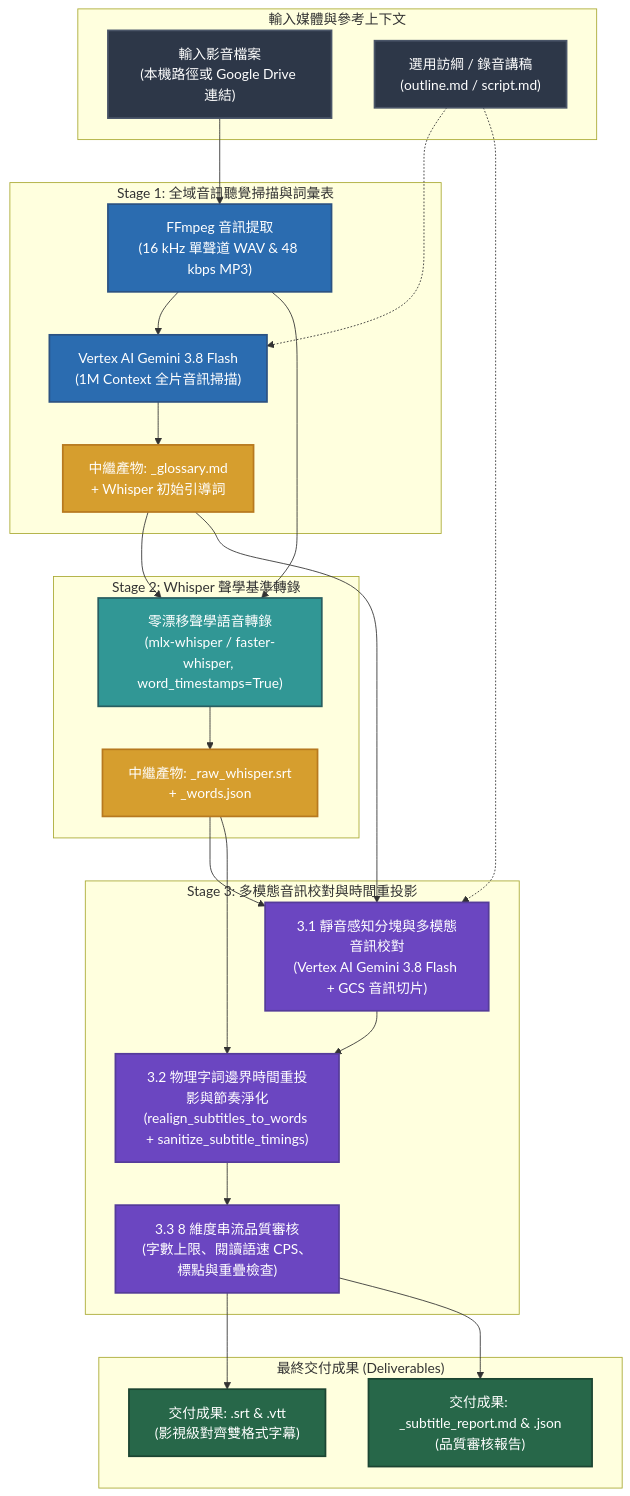
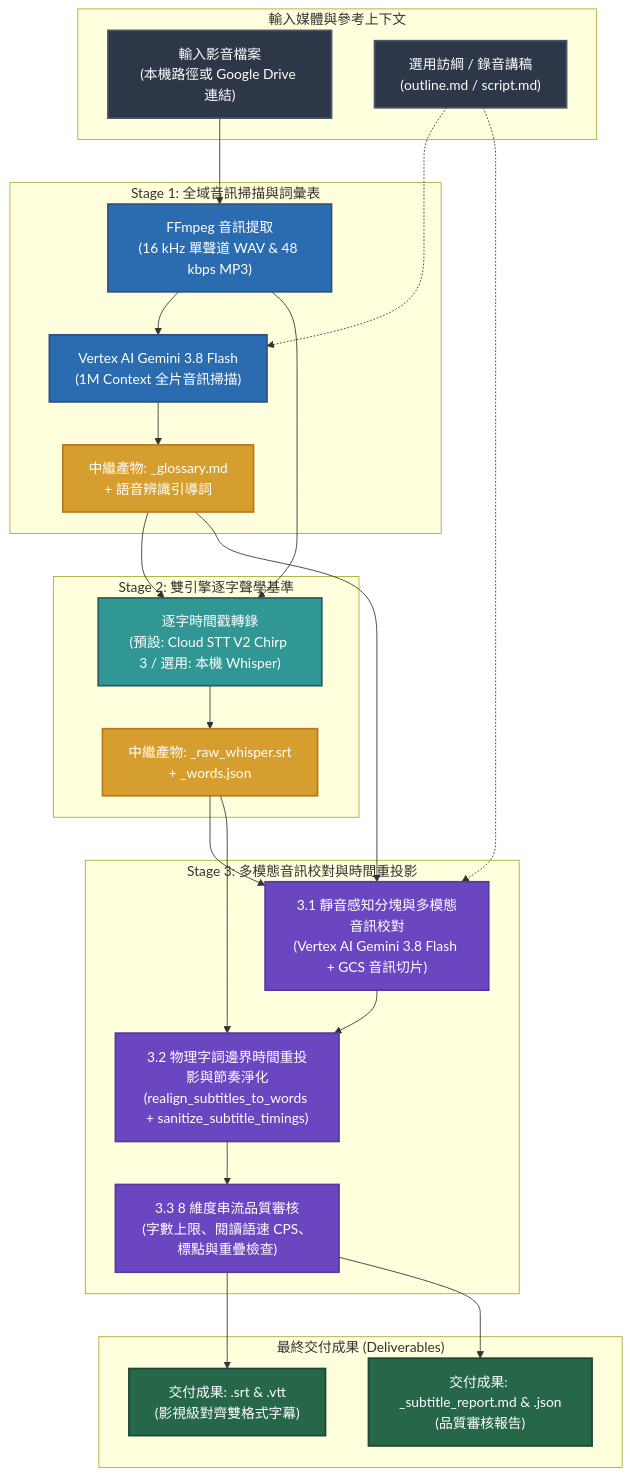
The diagram in README.zh-TW.md (sylphlin/subtitle-craft), drawn with Mermaid before and after one commit. The commit also changed other lines of this file and 17 other files, not shown here.

First line of the commit message:
feat(asr): adopt Cloud STT V2 Chirp 3 as default Stage 2 engine with optional Whisper

````diff
--- a/README.zh-TW.md
+++ b/README.zh-TW.md
@@ -75,52 +79,52 @@
 ```mermaid
 flowchart TD
     classDef inputStyle fill:#2D3748,stroke:#4A5568,stroke-width:2px,color:#fff;
     classDef stage1Style fill:#2B6CB0,stroke:#2C5282,stroke-width:2px,color:#fff;
     classDef stage2Style fill:#319795,stroke:#285E61,stroke-width:2px,color:#fff;
     classDef stage3Style fill:#6B46C1,stroke:#553C9A,stroke-width:2px,color:#fff;
     classDef artifactStyle fill:#D69E2E,stroke:#B7791F,stroke-width:2px,color:#fff;
     classDef outputStyle fill:#276749,stroke:#1C4532,stroke-width:2px,color:#fff;
 
     subgraph Inputs["輸入媒體與參考上下文"]
         IN["輸入影音檔案<br/>(本機路徑或 Google Drive 連結)"]:::inputStyle
         REF["選用訪綱 / 錄音講稿<br/>(outline.md / script.md)"]:::inputStyle
     end
 
-    subgraph Stage1["Stage 1: 全域音訊聽覺掃描與詞彙表"]
+    subgraph Stage1["Stage 1: 全域音訊掃描與詞彙表"]
         S0["FFmpeg 音訊提取<br/>(16 kHz 單聲道 WAV & 48 kbps MP3)"]:::stage1Style
         S1["Vertex AI Gemini 3.8 Flash<br/>(1M Context 全片音訊掃描)"]:::stage1Style
-        GL["中繼產物: <basename>_glossary.md<br/>+ Whisper 初始引導詞"]:::artifactStyle
+        GL["中繼產物: <basename>_glossary.md<br/>+ 語音辨識引導詞"]:::artifactStyle
     end
 
-    subgraph Stage2["Stage 2: Whisper 聲學基準轉錄"]
-        S2["零漂移聲學語音轉錄<br/>(mlx-whisper / faster-whisper, word_timestamps=True)"]:::stage2Style
+    subgraph Stage2["Stage 2: 雙引擎逐字聲學基準"]
+        S2["逐字時間戳轉錄<br/>(預設: Cloud STT V2 Chirp 3 / 選用: 本機 Whisper)"]:::stage2Style
         WD["中繼產物: <basename>_raw_whisper.srt<br/>+ <basename>_words.json"]:::artifactStyle
     end
 
     subgraph Stage3["Stage 3: 多模態音訊校對與時間重投影"]
         S3_1["3.1 靜音感知分塊與多模態音訊校對<br/>(Vertex AI Gemini 3.8 Flash + GCS 音訊切片)"]:::stage3Style
         S3_2["3.2 物理字詞邊界時間重投影與節奏淨化<br/>(realign_subtitles_to_words + sanitize_subtitle_timings)"]:::stage3Style
         S3_3["3.3 8 維度串流品質審核<br/>(字數上限、閱讀語速 CPS、標點與重疊檢查)"]:::stage3Style
     end
 
     subgraph Deliverables["最終交付成果 (Deliverables)"]
         OUT_SUB["交付成果: <basename>.srt & <basename>.vtt<br/>(影視級對齊雙格式字幕)"]:::outputStyle
         OUT_REP["交付成果: <basename>_subtitle_report.md & .json<br/>(品質審核報告)"]:::outputStyle
     end
 
     IN --> S0
     S0 --> S1
     REF -.-> S1
     S1 --> GL
     S0 --> S2
     GL --> S2
     S2 --> WD
     WD --> S3_1
     GL --> S3_1
     REF -.-> S3_1
     S3_1 --> S3_2
     WD --> S3_2
     S3_2 --> S3_3
     S3_3 --> OUT_SUB
     S3_3 --> OUT_REP
 ```
````
